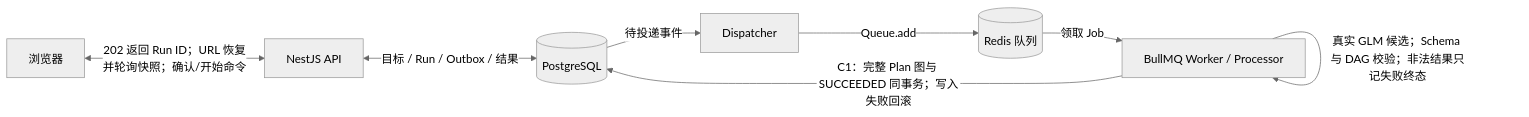
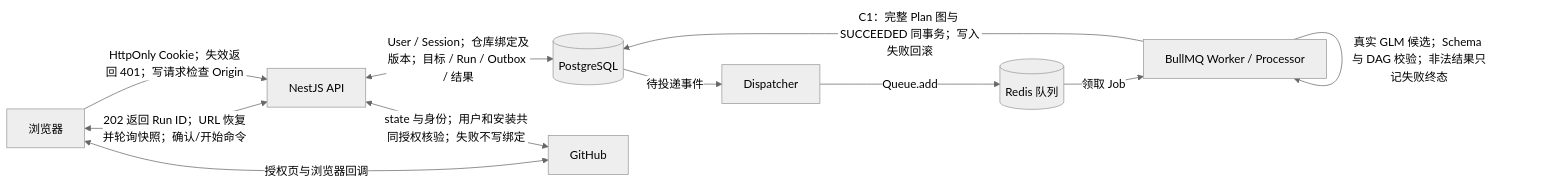
The diagram in docs/KnowledgeOps-Agent-逐日开发计划.md (Gerden31145/KnowledgeOps-Agent), drawn with Mermaid (neutral theme) before and after one commit. The commit also changed other lines of this file and 43 other files, not shown here.

Commit message:
feat(r04): complete GitHub login and repository binding

````diff
--- a/docs/KnowledgeOps-Agent-逐日开发计划.md
+++ b/docs/KnowledgeOps-Agent-逐日开发计划.md
@@ -134,10 +134,13 @@
 ```mermaid
 flowchart LR
     Web[浏览器] <-->|202 返回 Run ID；URL 恢复并轮询快照；确认/开始命令| API[NestJS API]
-    API <-->|目标 / Run / Outbox / 结果| DB[(PostgreSQL)]
+    API <-->|User / Session；仓库绑定及版本；目标 / Run / Outbox / 结果| DB[(PostgreSQL)]
+    Web <-->|授权页与浏览器回调| GitHub[GitHub]
+    API <-->|state 与身份；用户和安装共同授权核验；失败不写绑定| GitHub
+    Web -->|HttpOnly Cookie；失效返回 401；写请求检查 Origin| API
     DB -->|待投递事件| Dispatcher[Dispatcher]
     Dispatcher -->|Queue.add| Redis[(Redis 队列)]
     Redis -->|领取 Job| Worker[BullMQ Worker / Processor]
     Worker -->|真实 GLM 候选；Schema 与 DAG 校验；非法结果只记失败终态| Worker
     Worker -->|C1：完整 Plan 图与 SUCCEEDED 同事务；写入失败回滚| DB
 ```
````
